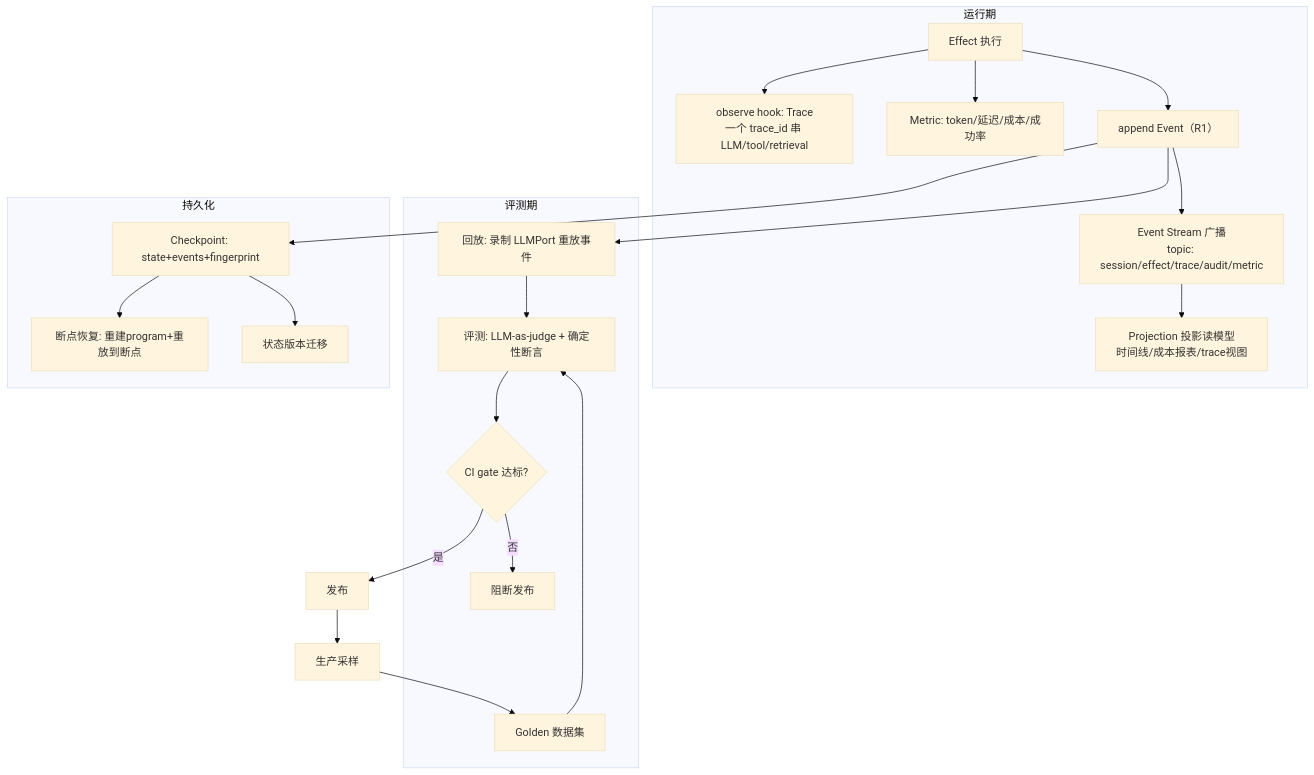
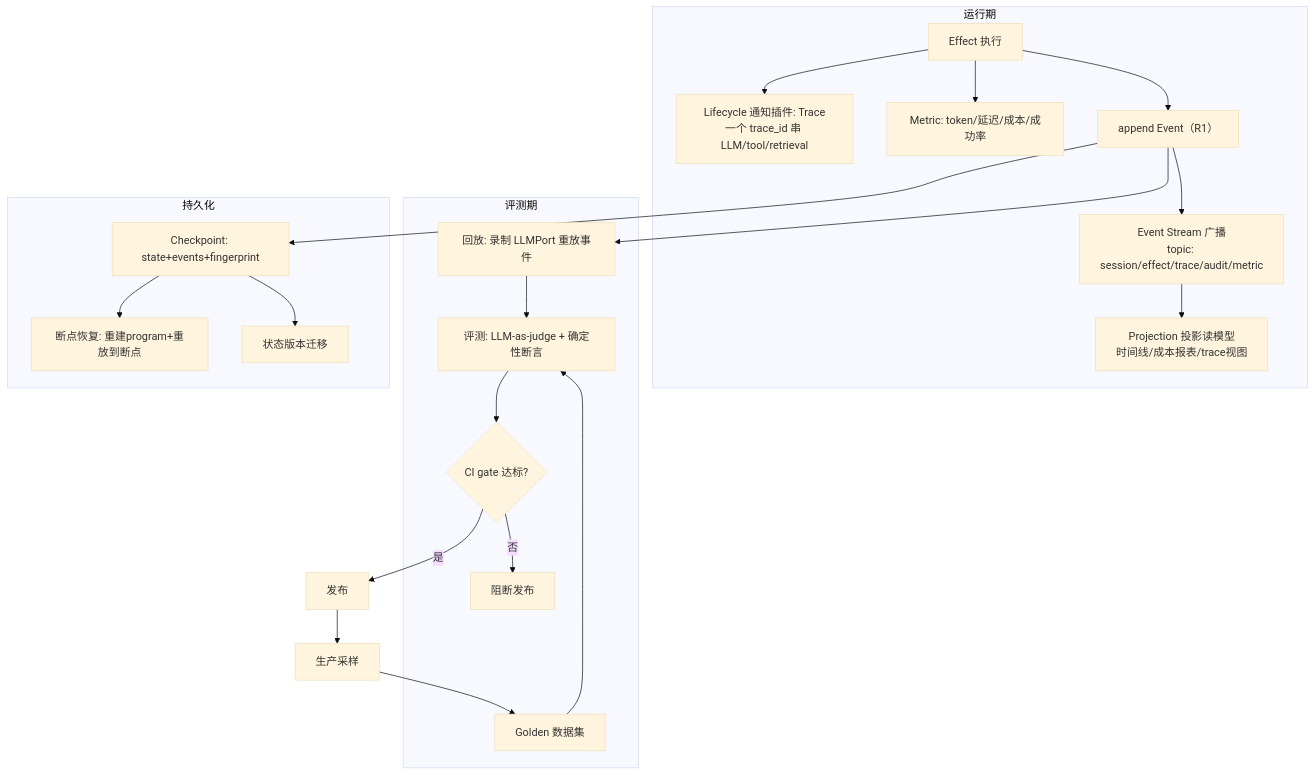
Diagram 12 of 13 in docs/01-总览与设计/AGENT-总设计.md (sao-lang/lll), drawn with Mermaid (base theme) before and after one commit. The commit also changed other lines of this file and 127 other files, not shown here.

````diff
--- a/docs/01-总览与设计/AGENT-总设计.md
+++ b/docs/01-总览与设计/AGENT-总设计.md
@@ -1355,24 +1489,24 @@
 ```mermaid
 flowchart TD
     subgraph 运行期
-        EX["Effect 执行"] --> TR["observe hook: Trace<br/>一个 trace_id 串 LLM/tool/retrieval"]
+        EX["Effect 执行"] --> TR["Lifecycle 通知插件: Trace<br/>一个 trace_id 串 LLM/tool/retrieval"]
         EX --> ME["Metric: token/延迟/成本/成功率"]
         EX --> EV["append Event（R1）"]
         EV --> ES["Event Stream 广播<br/>topic: session/effect/trace/audit/metric"]
         ES --> PR["Projection 投影读模型<br/>时间线/成本报表/trace视图"]
     end
     subgraph 评测期
         EV --> REP["回放: 录制 LLMPort 重放事件"]
         GS["Golden 数据集"] --> EVAL
         REP --> EVAL["评测: LLM-as-judge + 确定性断言"]
         EVAL --> GATE{"CI gate 达标?"}
         GATE -->|否| BLOCK["阻断发布"]
     end
     subgraph 持久化
         EV --> CP["Checkpoint: state+events+fingerprint"]
         CP --> RES["断点恢复: 重建program+重放到断点"]
         CP --> MIG["状态版本迁移"]
     end
     GATE -->|是| PROD["发布"]
     PROD --> SAMPLE["生产采样"] --> GS
 ```
````
